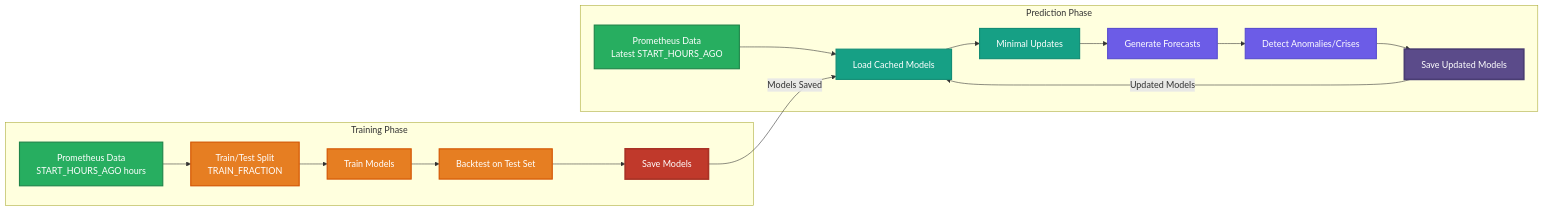
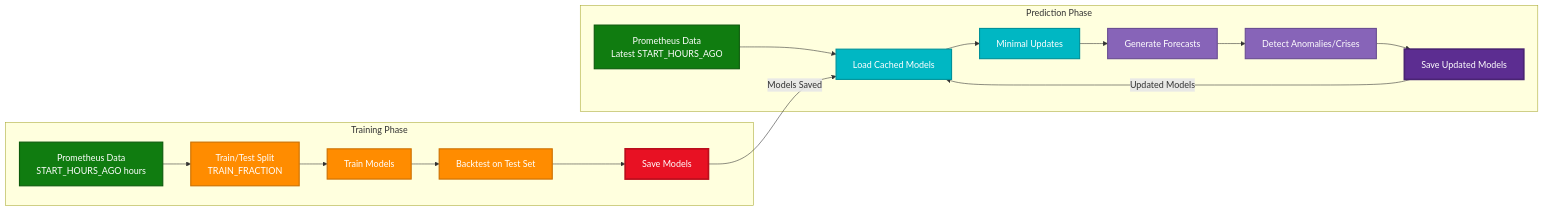
One commit to k8sautom8/metrics-ml changed the eighth of 11 diagrams in Docs/VISUAL_ARCHITECTURE_GUIDE.md. Above: the diagram before and after it, drawn with Mermaid. The commit also changed other lines of this file, not shown here.

````diff
--- a/Docs/VISUAL_ARCHITECTURE_GUIDE.md
+++ b/Docs/VISUAL_ARCHITECTURE_GUIDE.md
@@ -551,35 +551,35 @@
 ```mermaid
 graph LR
     subgraph "Training Phase"
         T1[Prometheus Data<br/>START_HOURS_AGO hours] --> T2[Train/Test Split<br/>TRAIN_FRACTION]
         T2 --> T3[Train Models]
         T3 --> T4[Backtest on Test Set]
         T4 --> T5[Save Models]
     end
     
     subgraph "Prediction Phase"
         P1[Prometheus Data<br/>Latest START_HOURS_AGO] --> P2[Load Cached Models]
         P2 --> P3[Minimal Updates]
         P3 --> P4[Generate Forecasts]
         P4 --> P5[Detect Anomalies/Crises]
         P5 --> P6[Save Updated Models]
     end
     
     T5 -->|Models Saved| P2
     P6 -->|Updated Models| P2
     
-    classDef trainingData fill:#27AE60,stroke:#1E8449,stroke-width:2px,color:#fff
-    classDef trainingProcess fill:#E67E22,stroke:#D35400,stroke-width:2px,color:#fff
-    classDef trainingSave fill:#C0392B,stroke:#A93226,stroke-width:3px,color:#fff
-    classDef predictionData fill:#2C3E50,stroke:#1A252F,stroke-width:2px,color:#fff
-    classDef predictionProcess fill:#16A085,stroke:#138D75,stroke-width:2px,color:#fff
-    classDef predictionOutput fill:#6C5CE7,stroke:#5A4FCF,stroke-width:2px,color:#fff
-    classDef predictionSave fill:#5B4B8A,stroke:#4A3D73,stroke-width:3px,color:#fff
+    classDef trainingData fill:#107C10,stroke:#0B5A0B,stroke-width:2px,color:#fff
+    classDef trainingProcess fill:#FF8C00,stroke:#CC7000,stroke-width:2px,color:#fff
+    classDef trainingSave fill:#E81123,stroke:#BA0E1C,stroke-width:3px,color:#fff
+    classDef predictionData fill:#0078D4,stroke:#005A9E,stroke-width:2px,color:#fff
+    classDef predictionProcess fill:#00B7C3,stroke:#00929A,stroke-width:2px,color:#fff
+    classDef predictionOutput fill:#8764B8,stroke:#6B4F93,stroke-width:2px,color:#fff
+    classDef predictionSave fill:#5C2D91,stroke:#4A2473,stroke-width:3px,color:#fff
     
     class T1,P1 trainingData
     class T2,T3,T4 trainingProcess
     class T5 trainingSave
     class P2,P3 predictionProcess
     class P4,P5 predictionOutput
     class P6 predictionSave
 ```
````
